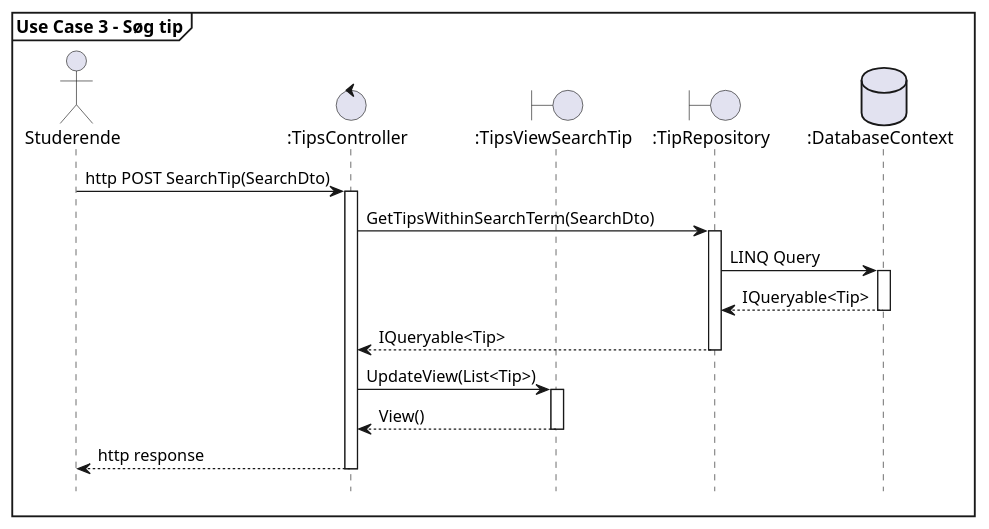
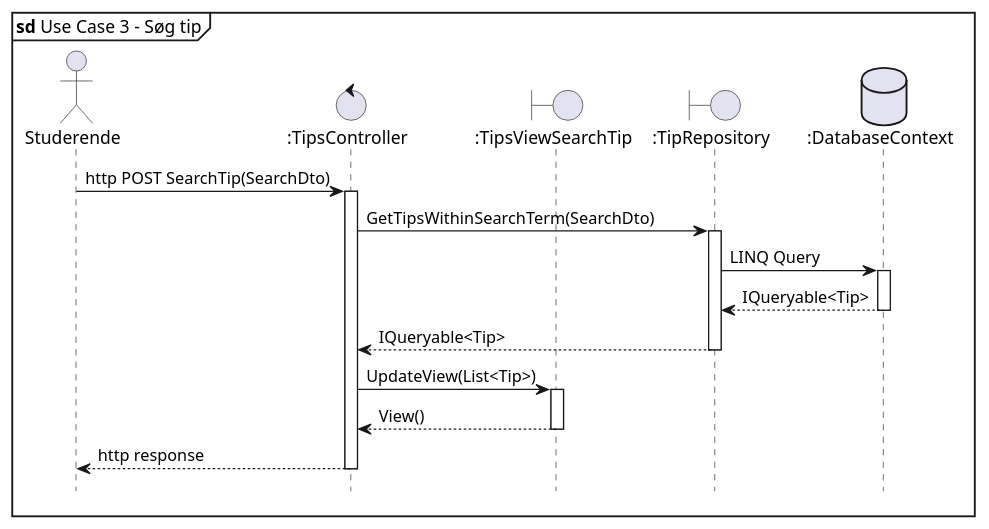
Before and after one commit to I4PRJ4/I4PRJ4-plantuml: the diagram in plantuml/Sequence Diagrams/Design/UC3.puml, drawn with PlantUML. The commit also changed 3 other files, not shown here.

```diff
--- a/plantuml/Sequence Diagrams/Design/UC3.puml
+++ b/plantuml/Sequence Diagrams/Design/UC3.puml
@@ -1,40 +1,40 @@
 @startuml
 
-mainframe **Use Case 3 - Søg tip**
+mainframe **sd** Use Case 3 - Søg tip
 
 actor       "Studerende"       as stud
 control       ":TipsController"       as tipscont
 boundary       ":TipsViewSearchTip"       as tipssearch
 boundary       ":TipRepository"       as tipsrepo
 database       ":DatabaseContext"       as db
 
 
 stud -> tipscont: http POST SearchTip(SearchDto)
 
 Activate tipscont
 tipscont -> tipsrepo: GetTipsWithinSearchTerm(SearchDto)
 
 Activate tipsrepo
 tipsrepo -> db: LINQ Query 
 
 Activate db
 db --> tipsrepo: IQueryable<Tip>
 Deactivate db
 
 tipsrepo --> tipscont: IQueryable<Tip>
 Deactivate tipsrepo
 
 tipscont -> tipssearch: UpdateView(List<Tip>)
 
 Activate tipssearch
 tipssearch --> tipscont: View()
 Deactivate tipssearch
 
 tipscont --> stud: http response
 Deactivate tipscont
 
 
 
 hide footbox
 
 @enduml
```
